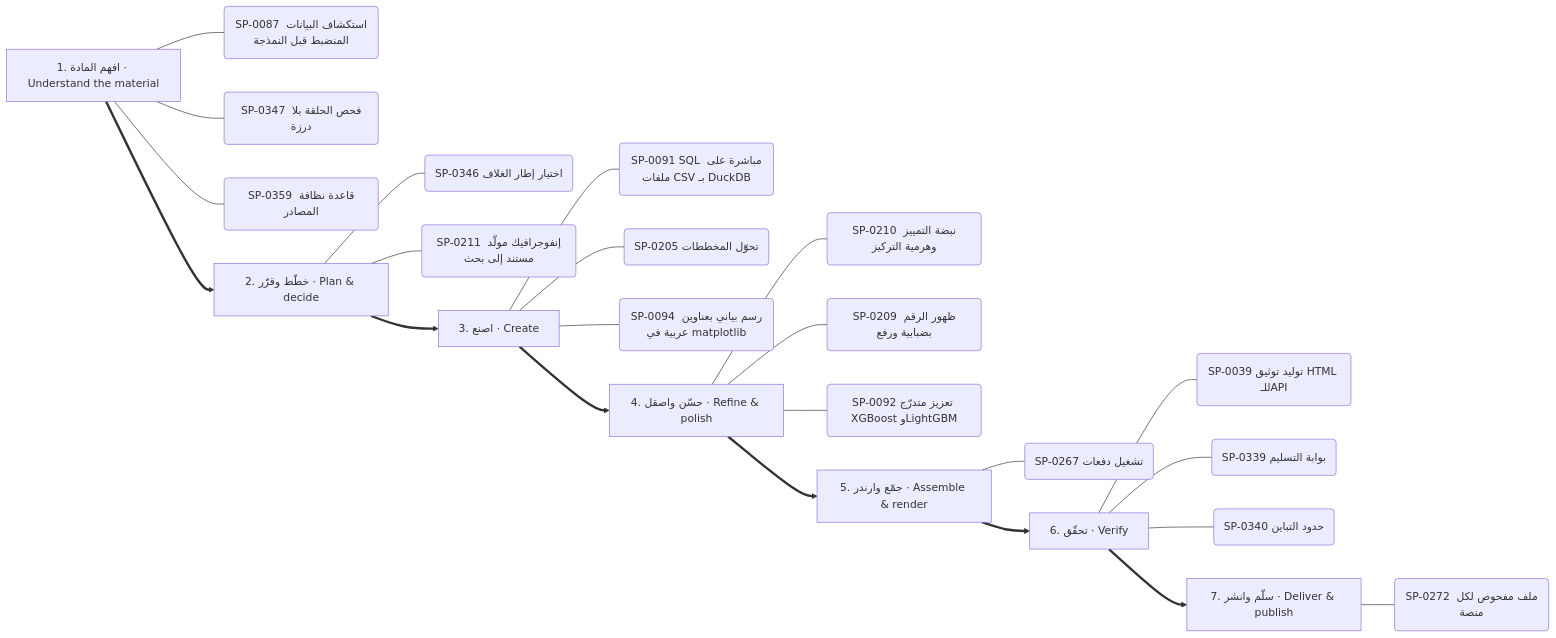
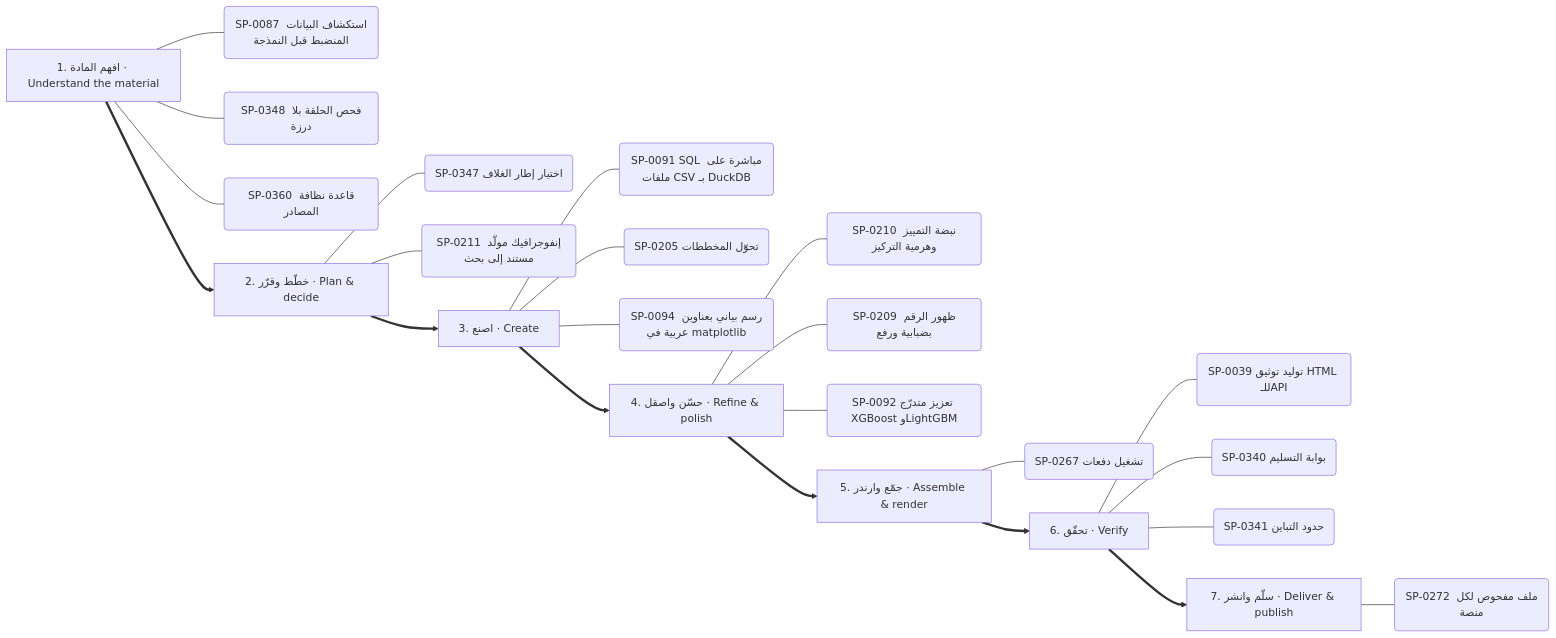
One commit to kosif199022-jpg/kosif-tool changed diagram 12 of 13 in .claude/skills/kosif-superpowers/references/capability-mindmap.md. Above: the diagram before and after it, drawn with Mermaid. The commit also changed other lines of this file and 53 other files, not shown here.

````diff
--- a/.claude/skills/kosif-superpowers/references/capability-mindmap.md
+++ b/.claude/skills/kosif-superpowers/references/capability-mindmap.md
@@ -591,32 +589,32 @@
 ```mermaid
 flowchart LR
   S0["1. افهم المادة · Understand the material"]
   S0 --- S0_0("SP-0087 استكشاف البيانات المنضبط قبل النمذجة")
-  S0 --- S0_1("SP-0347 فحص الحلقة بلا درزة")
-  S0 --- S0_2("SP-0359 قاعدة نظافة المصادر")
+  S0 --- S0_1("SP-0348 فحص الحلقة بلا درزة")
+  S0 --- S0_2("SP-0360 قاعدة نظافة المصادر")
   S1["2. خطّط وقرّر · Plan & decide"]
-  S1 --- S1_0("SP-0346 اختيار إطار الغلاف")
+  S1 --- S1_0("SP-0347 اختيار إطار الغلاف")
   S1 --- S1_1("SP-0211 إنفوجرافيك مولَّد مستند إلى بحث")
   S0 ==> S1
   S2["3. اصنع · Create"]
   S2 --- S2_0("SP-0091 SQL مباشرة على ملفات CSV بـ DuckDB")
   S2 --- S2_1("SP-0205 تحوّل المخططات")
   S2 --- S2_2("SP-0094 رسم بياني بعناوين عربية في matplotlib")
   S1 ==> S2
   S3["4. حسّن واصقل · Refine & polish"]
   S3 --- S3_0("SP-0210 نبضة التمييز وهرمية التركيز")
   S3 --- S3_1("SP-0209 ظهور الرقم بضبابية ورفع")
   S3 --- S3_2("SP-0092 تعزيز متدرّج XGBoost وLightGBM")
   S2 ==> S3
   S4["5. جمّع وارندر · Assemble & render"]
   S4 --- S4_0("SP-0267 تشغيل دفعات")
   S3 ==> S4
   S5["6. تحقّق · Verify"]
   S5 --- S5_0("SP-0039 توليد توثيق HTML للـAPI")
-  S5 --- S5_1("SP-0339 بوابة التسليم")
-  S5 --- S5_2("SP-0340 حدود التباين")
+  S5 --- S5_1("SP-0340 بوابة التسليم")
+  S5 --- S5_2("SP-0341 حدود التباين")
   S4 ==> S5
   S6["7. سلّم وانشر · Deliver & publish"]
   S6 --- S6_0("SP-0272 ملف مفحوص لكل منصة")
   S5 ==> S6
 ```
````
